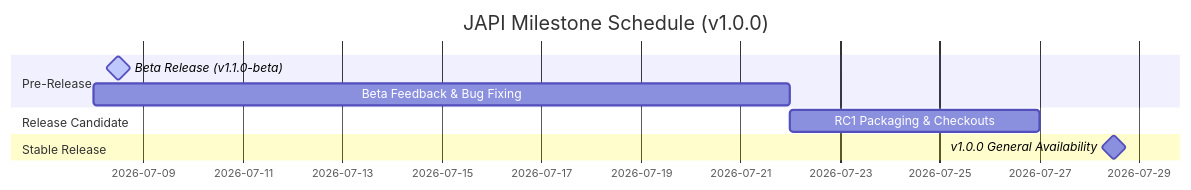
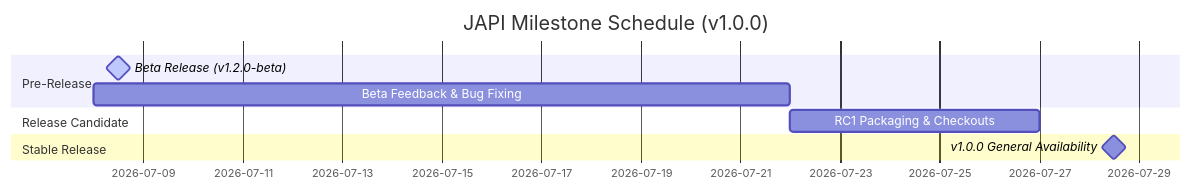
Before and after one commit to ncrkindia/api-banker: the diagram in release_plan.md, drawn with Mermaid. The commit also changed other lines of this file and 2 other files, not shown here.

Commit message:
# JAPI Release Plan — v1.2.0-beta

````diff
--- a/release_plan.md
+++ b/release_plan.md
@@ -95,12 +97,12 @@
 ```mermaid
 gantt
     title JAPI Milestone Schedule (v1.0.0)
     dateFormat  YYYY-MM-DD
     section Pre-Release
-    Beta Release (v1.1.0-beta)     :active, milestone, 2026-07-08, 1d
+    Beta Release (v1.2.0-beta)     :active, milestone, 2026-07-08, 1d
     Beta Feedback & Bug Fixing    :2026-07-08, 14d
     section Release Candidate
     RC1 Packaging & Checkouts     :2026-07-22, 5d
     section Stable Release
     v1.0.0 General Availability   :milestone, 2026-07-28, 1d
 ```
````
